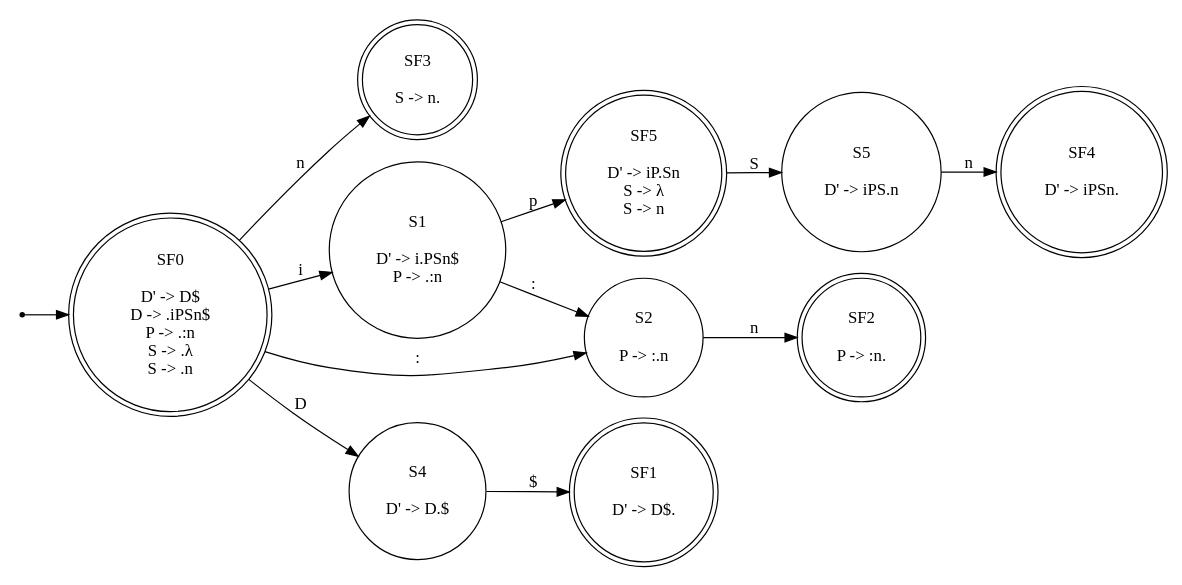
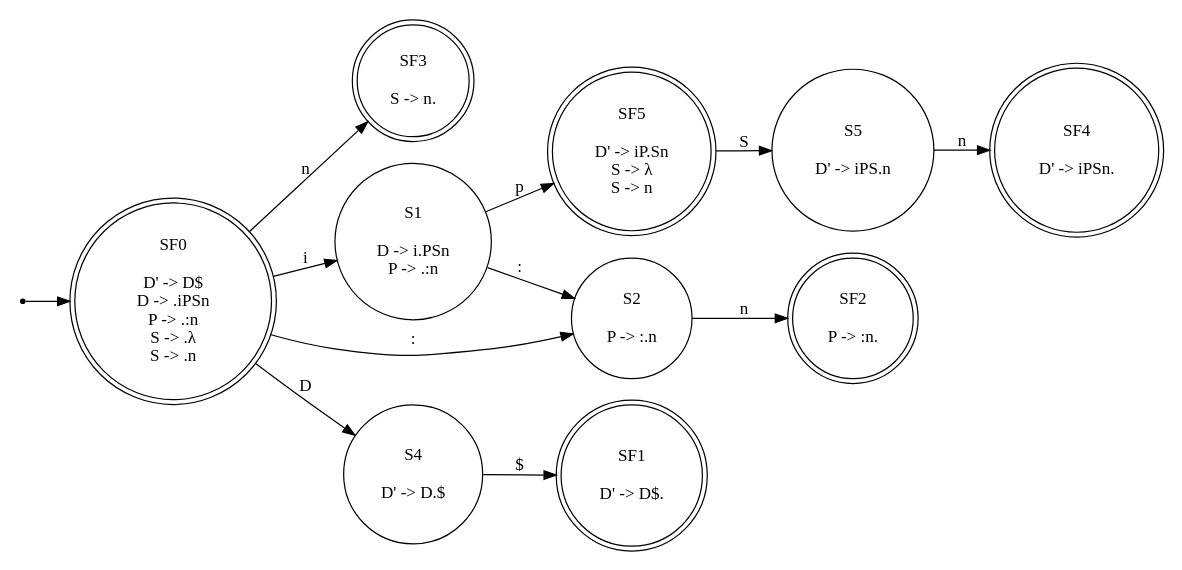
The diagram in Automatas y lenguajes/tex/ejerciciosHoja3/automata_H3E4.dot (apuntes-uam-infomat/apuntes), drawn with Graphviz before and after one commit. The commit also changed 3 other files, not shown here.

```diff
--- a/Automatas y lenguajes/tex/ejerciciosHoja3/automata_H3E4.dot
+++ b/Automatas y lenguajes/tex/ejerciciosHoja3/automata_H3E4.dot
@@ -1,34 +1,34 @@
 digraph automata_7 {
     rankdir=LR;
     size="8,5"
 
     node [shape = doublecircle]; SF0, SF1, SF2, SF3, SF4, SF5;
     node [shape = point ]; init
     node [shape = circle];
 
-    SF0 [label="SF0\n\nD' -> D$\nD -> .iPSn$\nP -> .:n\nS -> .λ\nS -> .n\n"];
-    S1 [label="S1\n\nD' -> i.PSn$\nP -> .:n"];
+    SF0 [label="SF0\n\nD' -> D$\nD -> .iPSn\nP -> .:n\nS -> .λ\nS -> .n\n"];
+    S1 [label="S1\n\nD -> i.PSn\nP -> .:n"];
     S2 [label="S2\n\nP -> :.n"];
     SF5 [label="SF5\n\nD' -> iP.Sn\nS -> λ\nS -> n"];
     S4 [label="S4\n\nD' -> D.$"];
     S5 [label="S5\n\nD' -> iPS.n"];
     SF1 [label="SF1\n\nD' -> D$."];
     SF2 [label="SF2\n\nP -> :n."];
     SF3 [label="SF3\n\nS -> n."];
     SF4 [label="SF4\n\nD' -> iPSn."];
 
 
 
     init -> SF0;
     SF0 -> S1 [label = i];
     SF0 -> S2 [label = ":"];
     SF0 -> S4 [label = "D"];
     SF0 -> SF3 [label = "n"];
     S1 -> SF5 [label = "p"];
     S1 -> S2 [label = ":"];
     S2 -> SF2 [label = "n"];
     S4 -> SF1 [label = "$"];
     SF5 -> S5 [label = "S"];
     S5 -> SF4 [label = "n"];
 
 }
```
